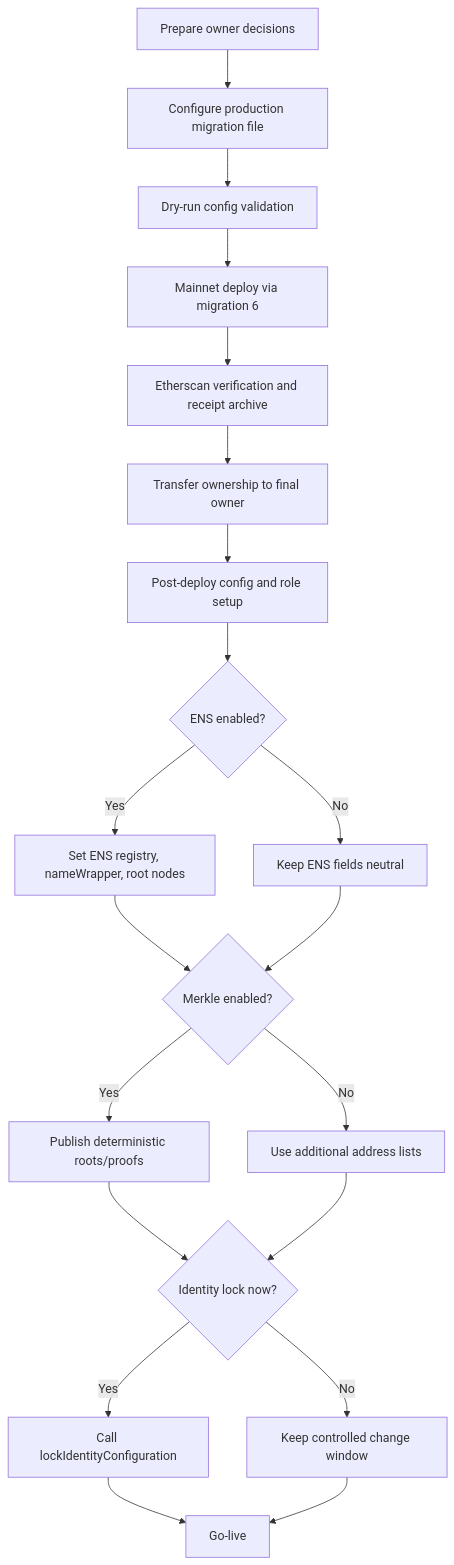
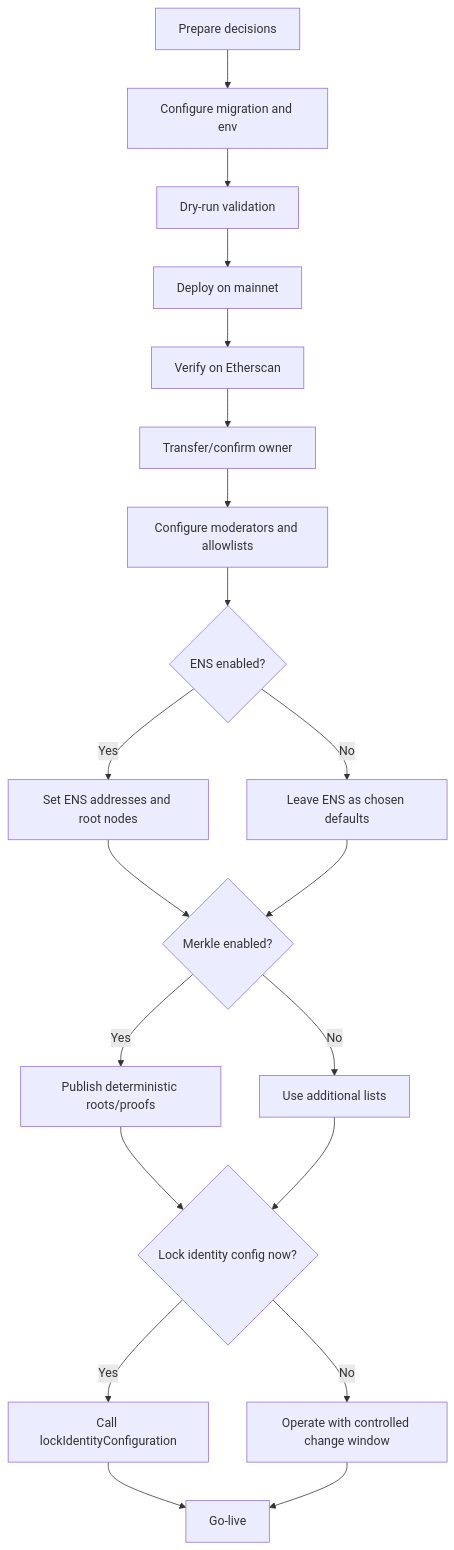
The first of 4 diagrams in docs/DEPLOYMENT/OWNER_MAINNET_DEPLOYMENT_AND_OPERATIONS_GUIDE.md (MontrealAI/AGIJobManager), drawn with Mermaid before and after one commit. The commit also changed other lines of this file, not shown here.

Commit message:
docs: publish owner-facing mainnet deployment and operations guide

````diff
--- a/docs/DEPLOYMENT/OWNER_MAINNET_DEPLOYMENT_AND_OPERATIONS_GUIDE.md
+++ b/docs/DEPLOYMENT/OWNER_MAINNET_DEPLOYMENT_AND_OPERATIONS_GUIDE.md
@@ -82,22 +65,22 @@
 ```mermaid
 flowchart TD
-  A[Prepare owner decisions] --> B[Configure production migration file]
-  B --> C[Dry-run config validation]
-  C --> D[Mainnet deploy via migration 6]
-  D --> E[Etherscan verification and receipt archive]
-  E --> F[Transfer ownership to final owner]
-  F --> G[Post-deploy config and role setup]
+  A[Prepare decisions] --> B[Configure migration and env]
+  B --> C[Dry-run validation]
+  C --> D[Deploy on mainnet]
+  D --> E[Verify on Etherscan]
+  E --> F[Transfer/confirm owner]
+  F --> G[Configure moderators and allowlists]
   G --> H{ENS enabled?}
-  H -- Yes --> H1[Set ENS registry, nameWrapper, root nodes]
-  H -- No --> H2[Keep ENS fields neutral]
+  H -- Yes --> H1[Set ENS addresses and root nodes]
+  H -- No --> H2[Leave ENS as chosen defaults]
   H1 --> I{Merkle enabled?}
   H2 --> I
   I -- Yes --> I1[Publish deterministic roots/proofs]
-  I -- No --> I2[Use additional address lists]
-  I1 --> J{Identity lock now?}
+  I -- No --> I2[Use additional lists]
+  I1 --> J{Lock identity config now?}
   I2 --> J
-  J -- Yes --> J1[Call lockIdentityConfiguration]
-  J -- No --> J2[Keep controlled change window]
-  J1 --> K[Go-live]
-  J2 --> K
+  J -- Yes --> K[Call lockIdentityConfiguration]
+  J -- No --> L[Operate with controlled change window]
+  K --> M[Go-live]
+  L --> M
 ```
````
